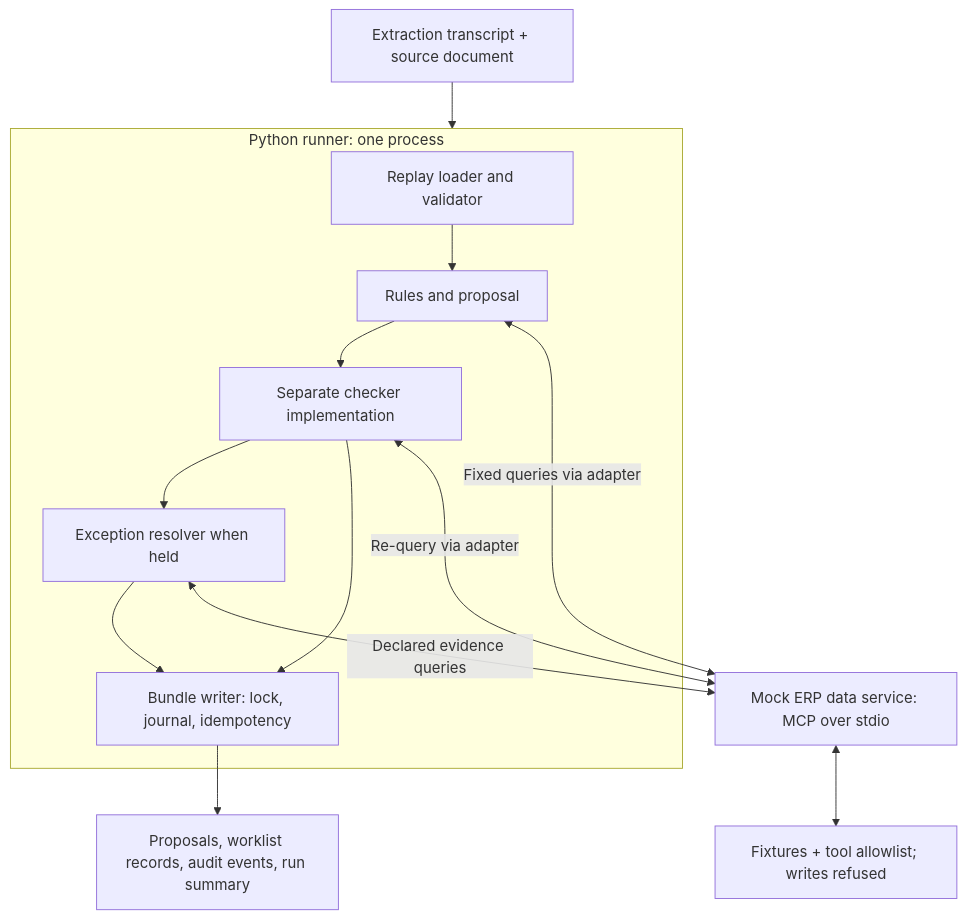
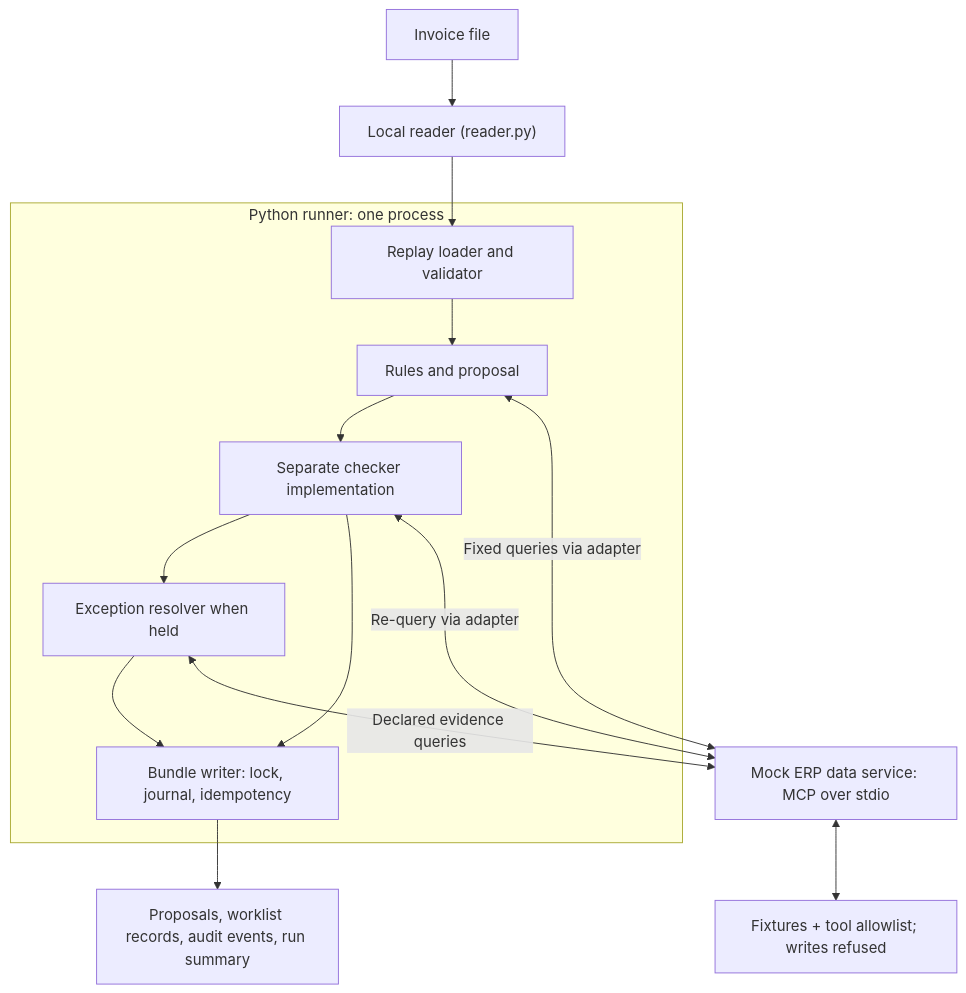
Before and after one commit to BTECHK/invoice-term-agent: the diagram in docs/diagrams/runtime.mmd, drawn with Mermaid. The commit also changed 36 other files, not shown here.

```diff
--- a/docs/diagrams/runtime.mmd
+++ b/docs/diagrams/runtime.mmd
@@ -1,14 +1,15 @@
 flowchart TD
-  IN[Extraction transcript + source document] --> R
+  IN[Invoice file] --> RD["Local reader (reader.py)"]
   subgraph R[Python runner: one process]
     L[Replay loader and validator] --> D[Rules and proposal]
     D --> C[Separate checker implementation]
     C --> E[Exception resolver when held]
     C --> W[Bundle writer: lock, journal, idempotency]
     E --> W
   end
+  RD --> L
   D <-->|Fixed queries via adapter| M
   C <-->|Re-query via adapter| M
   E <-->|Declared evidence queries| M
   M[Mock ERP data service: MCP over stdio] <--> Y[Fixtures + tool allowlist; writes refused]
   W --> O[Proposals, worklist records, audit events, run summary]
```
